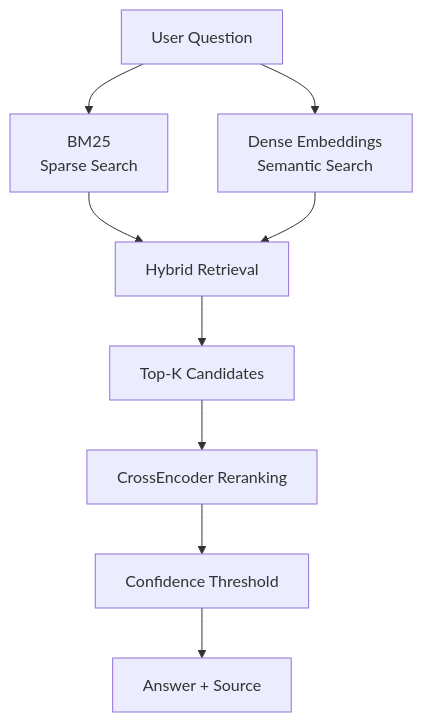
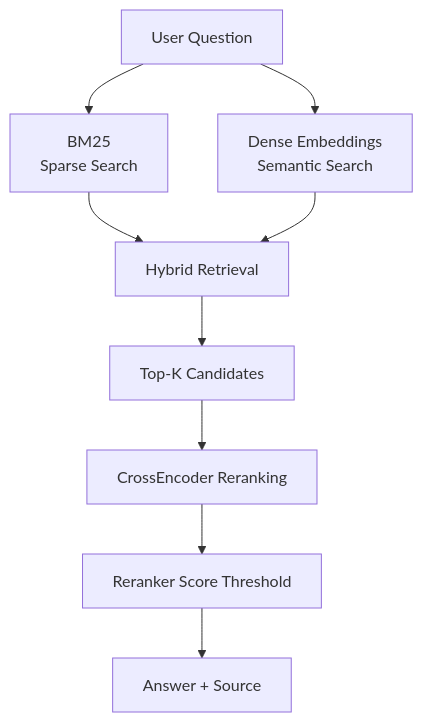
Before and after one commit to HadisArefanJazi/smart-faq-rag-search: the diagram in README.md, drawn with Mermaid. The commit also changed other lines of this file, not shown here.

````diff
--- a/README.md
+++ b/README.md
@@ -12,22 +12,22 @@
 ```mermaid
 flowchart TD
     A["User Question"]
 
     B["BM25<br/>Sparse Search"]
     C["Dense Embeddings<br/>Semantic Search"]
 
     D["Hybrid Retrieval"]
     E["Top-K Candidates"]
     F["CrossEncoder Reranking"]
-    G["Confidence Threshold"]
+    G["Reranker Score Threshold"]
     H["Answer + Source"]
 
     A --> B
     A --> C
     B --> D
     C --> D
     D --> E
     E --> F
     F --> G
     G --> H
 ```
````
